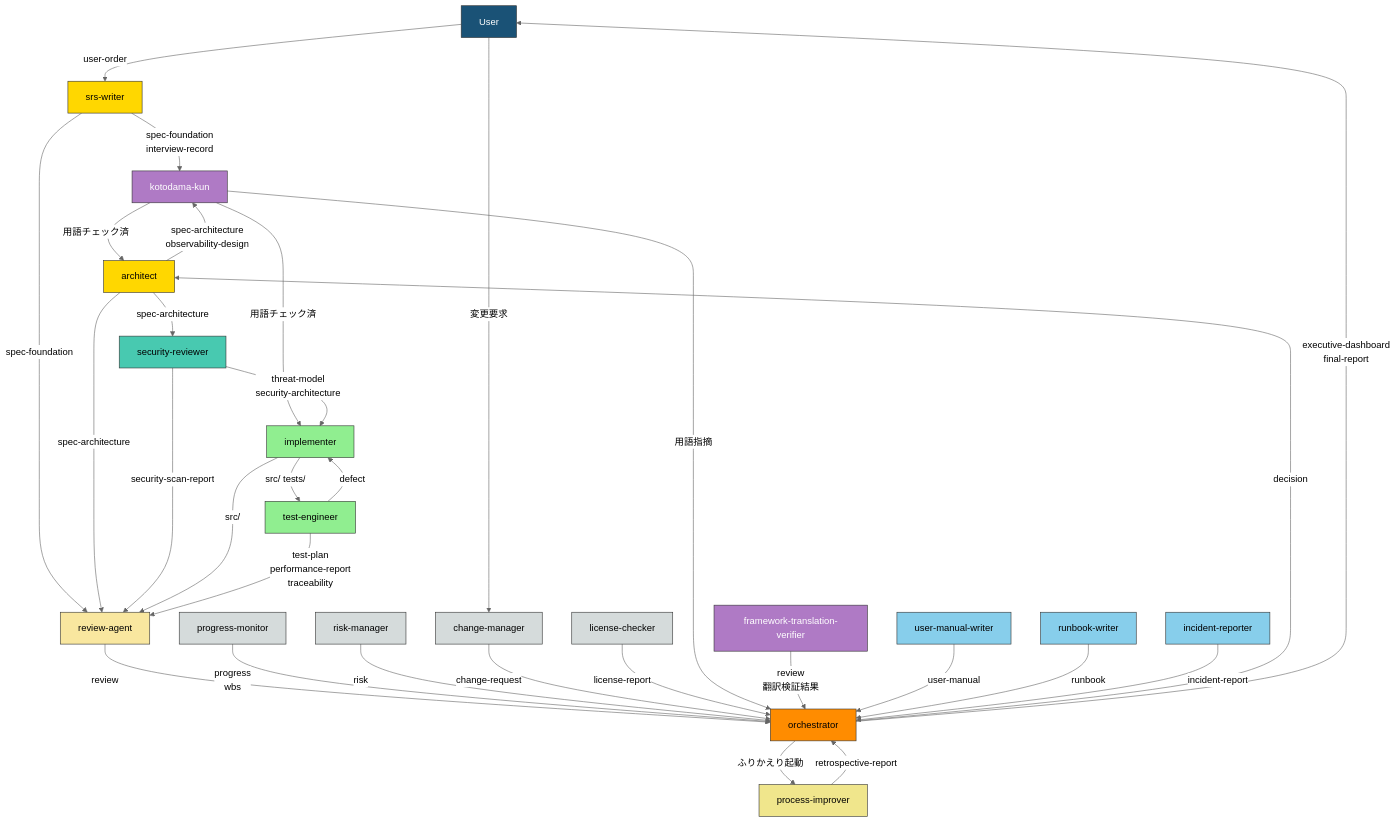
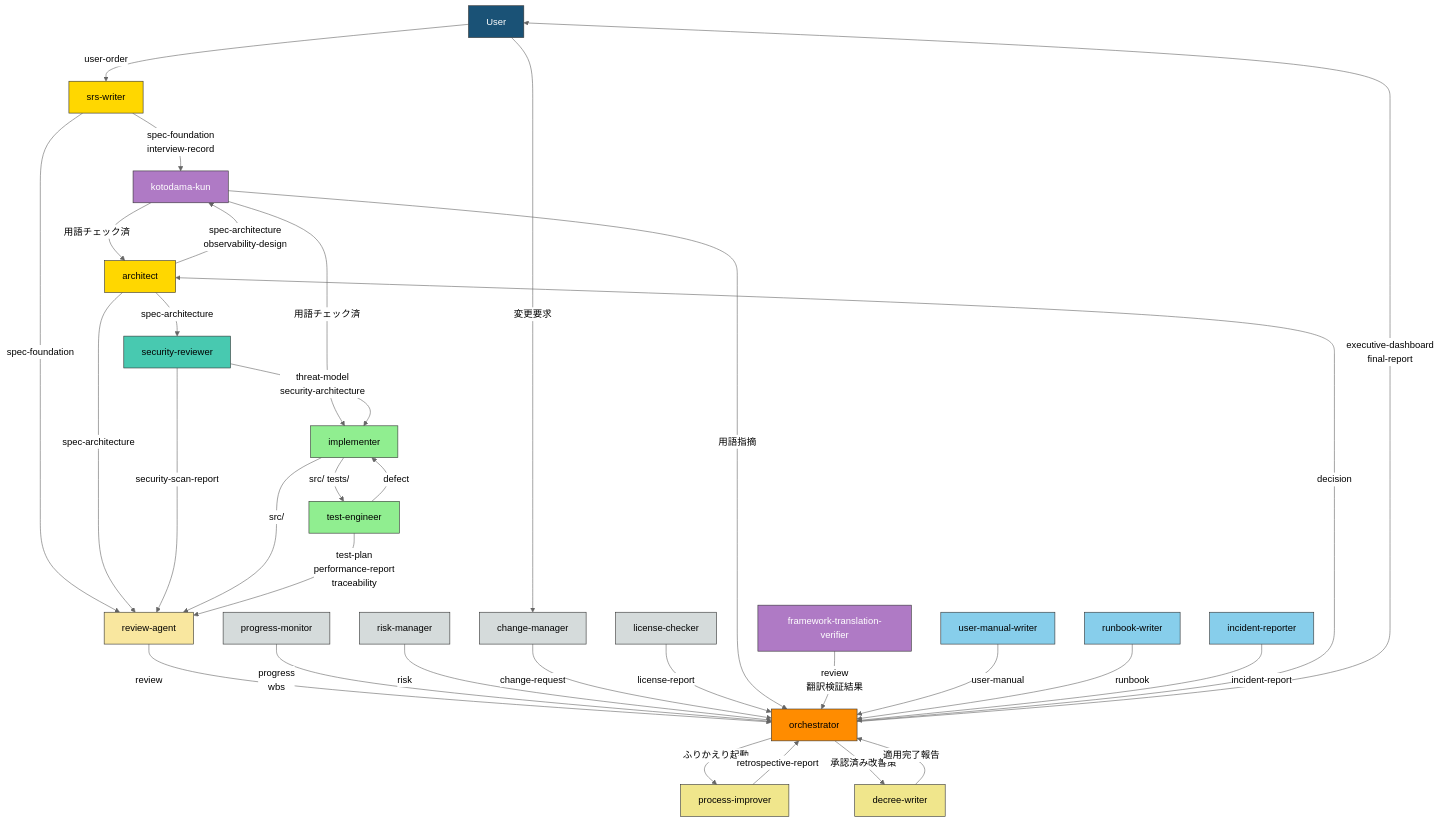
The diagram in process-rules/agent-list-ja.md (GoodRelax/gr-sw-maker), drawn with Mermaid (neutral theme) before and after one commit. The commit also changed other lines of this file and 11 other files, not shown here.

````diff
--- a/process-rules/agent-list-ja.md
+++ b/process-rules/agent-list-ja.md
@@ -176,70 +186,74 @@
 ```mermaid
 flowchart TD
     User["User"]
     Orch["orchestrator"]
     SRS["srs-writer"]
     Arch["architect"]
     Sec["security-reviewer"]
     Impl["implementer"]
     Test["test-engineer"]
     Rev["review-agent"]
     PM["progress-monitor"]
     CM["change-manager"]
     RM["risk-manager"]
     Lic["license-checker"]
     Koto["kotodama-kun"]
     FTV["framework-translation-verifier"]
     UMW["user-manual-writer"]
     RBW["runbook-writer"]
     IR["incident-reporter"]
     PI["process-improver"]
+    DW["decree-writer"]
 
     User -->|"user-order"| SRS
     SRS -->|"spec-foundation<br/>interview-record"| Koto
     Koto -->|"用語チェック済"| Arch
     SRS -->|"spec-foundation"| Rev
     Arch -->|"spec-architecture<br/>observability-design"| Koto
     Koto -->|"用語チェック済"| Impl
     Arch -->|"spec-architecture"| Rev
     Arch -->|"spec-architecture"| Sec
     Sec -->|"threat-model<br/>security-architecture"| Impl
     Sec -->|"security-scan-report"| Rev
     Impl -->|"src/ tests/"| Test
     Impl -->|"src/"| Rev
     Test -->|"defect"| Impl
     Test -->|"test-plan<br/>performance-report<br/>traceability"| Rev
     Rev -->|"review"| Orch
     PM -->|"progress<br/>wbs"| Orch
     RM -->|"risk"| Orch
     CM -->|"change-request"| Orch
     Lic -->|"license-report"| Orch
     Koto -->|"用語指摘"| Orch
     Orch -->|"decision"| Arch
     Orch -->|"executive-dashboard<br/>final-report"| User
     User -->|"変更要求"| CM
     FTV -->|"review<br/>翻訳検証結果"| Orch
     UMW -->|"user-manual"| Orch
     RBW -->|"runbook"| Orch
     IR -->|"incident-report"| Orch
     Orch -->|"ふりかえり起動"| PI
     PI -->|"retrospective-report"| Orch
+    Orch -->|"承認済み改善策"| DW
+    DW -->|"適用完了報告"| Orch
 
     style User fill:#1a5276,stroke:#333,color:#fff
     style Orch fill:#FF8C00,stroke:#333,color:#000
     style SRS fill:#FFD700,stroke:#333,color:#000
     style Arch fill:#FFD700,stroke:#333,color:#000
     style Sec fill:#48c9b0,stroke:#333,color:#000
     style Impl fill:#90EE90,stroke:#333,color:#000
     style Test fill:#90EE90,stroke:#333,color:#000
     style Rev fill:#f9e79f,stroke:#333,color:#000
     style PM fill:#d5dbdb,stroke:#333,color:#000
     style CM fill:#d5dbdb,stroke:#333,color:#000
     style RM fill:#d5dbdb,stroke:#333,color:#000
     style Lic fill:#d5dbdb,stroke:#333,color:#000
     style Koto fill:#af7ac5,stroke:#333,color:#fff
     style FTV fill:#af7ac5,stroke:#333,color:#fff
     style UMW fill:#87CEEB,stroke:#333,color:#000
     style RBW fill:#87CEEB,stroke:#333,color:#000
     style IR fill:#87CEEB,stroke:#333,color:#000
     style PI fill:#F0E68C,stroke:#333,color:#000
+    style DW fill:#F0E68C,stroke:#333,color:#000
 ```
````
